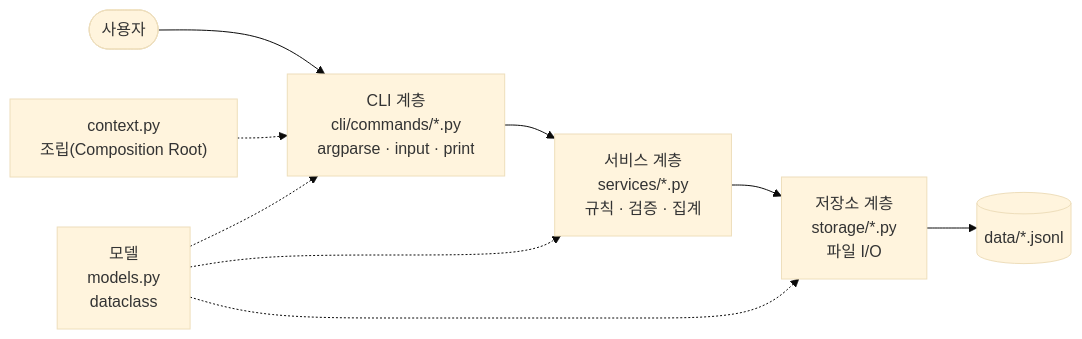
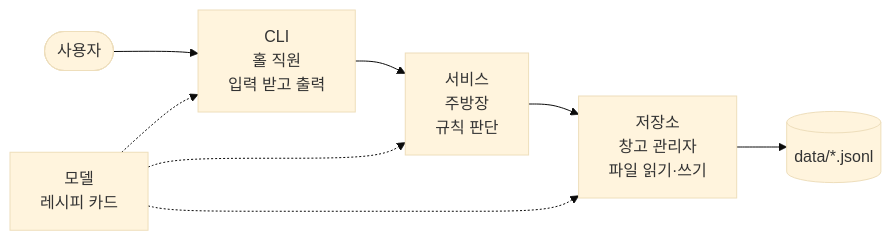
The first of 2 diagrams in docs/STUDY_GUIDE.md (rlaqudgus/Codyssey_BudgetApp), drawn with Mermaid (base theme) before and after one commit. The commit also changed other lines of this file, not shown here.

````diff
--- a/docs/STUDY_GUIDE.md
+++ b/docs/STUDY_GUIDE.md
@@ -91,11 +223,10 @@
 ```mermaid
 flowchart LR
-  U([사용자]) --> CLI["CLI 계층<br/>cli/commands/*.py<br/>argparse · input · print"]
-  CLI --> SVC["서비스 계층<br/>services/*.py<br/>규칙 · 검증 · 집계"]
-  SVC --> STO["저장소 계층<br/>storage/*.py<br/>파일 I/O"]
+  U([사용자]) --> CLI["CLI<br/>홀 직원<br/>입력 받고 출력"]
+  CLI --> SVC["서비스<br/>주방장<br/>규칙 판단"]
+  SVC --> STO["저장소<br/>창고 관리자<br/>파일 읽기·쓰기"]
   STO --> F[("data/*.jsonl")]
-  M["모델<br/>models.py<br/>dataclass"] -.-> CLI
+  M["모델<br/>레시피 카드"] -.-> CLI
   M -.-> SVC
   M -.-> STO
-  CTX["context.py<br/>조립(Composition Root)"] -.-> CLI
 ```
````
